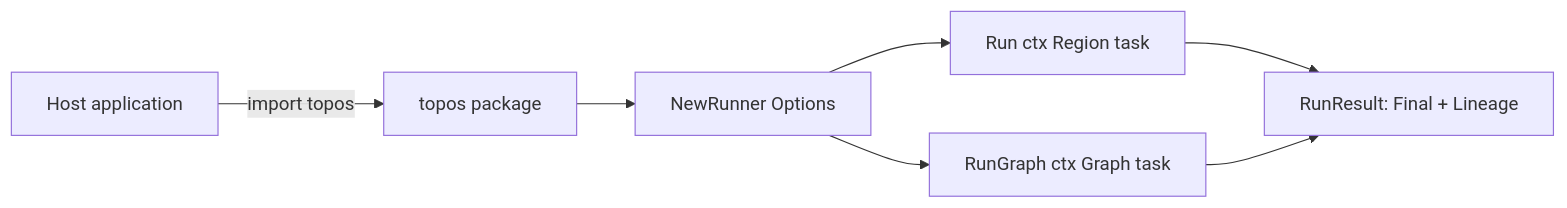
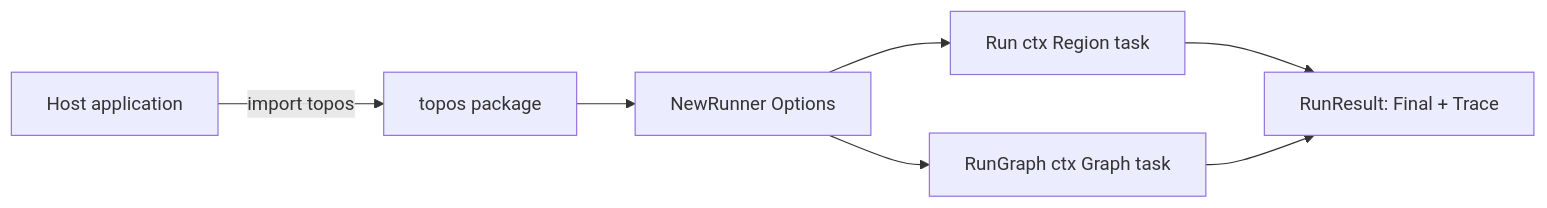
Before and after one commit to latere-ai/topos: the diagram in specs/003-embeddable-sdk.md, drawn with Mermaid. The commit also changed other lines of this file and 12 other files, not shown here.

````diff
--- a/specs/003-embeddable-sdk.md
+++ b/specs/003-embeddable-sdk.md
@@ -57,9 +57,9 @@
 ```mermaid
 graph LR
   host[Host application] -->|import topos| sdk[topos package]
   sdk --> runner[NewRunner Options]
   runner --> run[Run ctx Region task]
   runner --> rungraph[RunGraph ctx Graph task]
-  run --> result[RunResult: Final + Lineage]
+  run --> result[RunResult: Final + Trace]
   rungraph --> result
 ```
````
